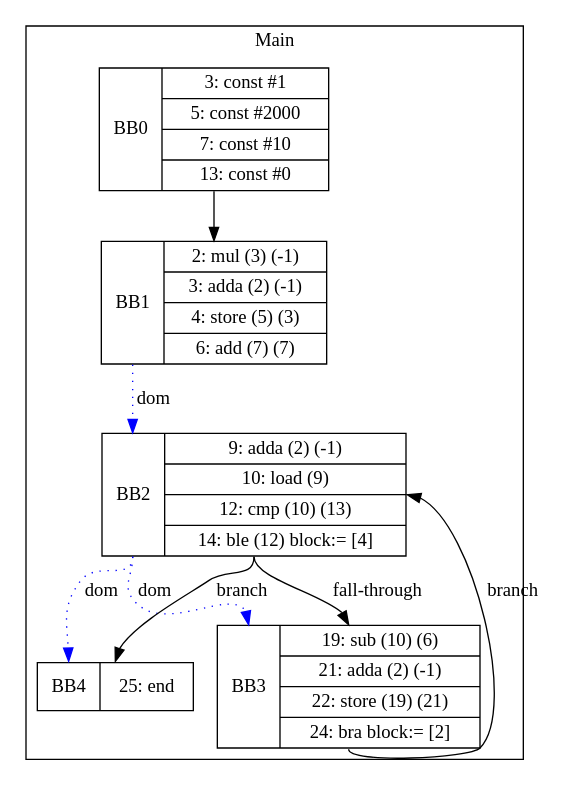
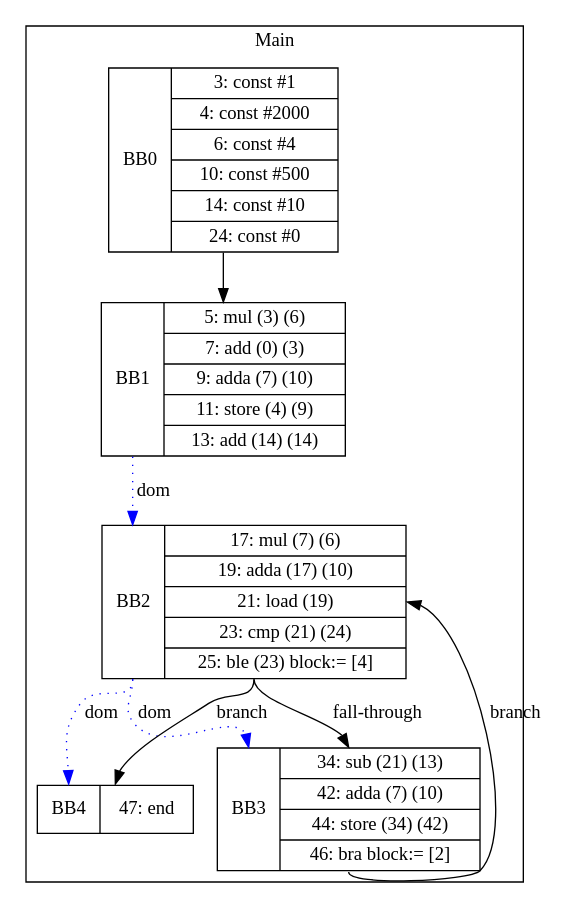
Before and after one commit to zjc664656505/UCI-CS241-Advanced-Compiler-main: the diagram in visualization/jmcgowa/CSE_Tests/CSE6.gv, drawn with Graphviz. The commit also changed 35 other files, not shown here.

```diff
--- a/visualization/jmcgowa/CSE_Tests/CSE6.gv
+++ b/visualization/jmcgowa/CSE_Tests/CSE6.gv
@@ -1,18 +1,18 @@
 digraph G {
 node [shape=record];
 subgraph cluster_main{
 label = "Main";
-BB0 [shape=record, label="<b>BB0|{3: const #1|5: const #2000|7: const #10|13: const #0}"];
-BB1 [shape=record, label="<b>BB1|{2: mul (3) (-1)|3: adda (2) (-1)|4: store (5) (3)|6: add (7) (7)}"];
-BB2 [shape=record, label="<b>BB2|{9: adda (2) (-1)|10: load (9)|12: cmp (10) (13)|14: ble (12) block:= [4]}"];
-BB3 [shape=record, label="<b>BB3|{19: sub (10) (6)|21: adda (2) (-1)|22: store (19) (21)|24: bra block:= [2]}"];
-BB4 [shape=record, label="<b>BB4|{25: end}"];
+BB0 [shape=record, label="<b>BB0|{3: const #1|4: const #2000|6: const #4|10: const #500|14: const #10|24: const #0}"];
+BB1 [shape=record, label="<b>BB1|{5: mul (3) (6)|7: add (0) (3)|9: adda (7) (10)|11: store (4) (9)|13: add (14) (14)}"];
+BB2 [shape=record, label="<b>BB2|{17: mul (7) (6)|19: adda (17) (10)|21: load (19)|23: cmp (21) (24)|25: ble (23) block:= [4]}"];
+BB3 [shape=record, label="<b>BB3|{34: sub (21) (13)|42: adda (7) (10)|44: store (34) (42)|46: bra block:= [2]}"];
+BB4 [shape=record, label="<b>BB4|{47: end}"];
 }
 BB0:s -> BB1:n ;
 BB2:b -> BB3:b [color=blue, style=dotted, label="dom"];
 BB2:b -> BB4:b [color=blue, style=dotted, label="dom"];
 BB1:b -> BB2:b [color=blue, style=dotted, label="dom"];
 BB2:s -> BB4:n [label="branch"];
 BB3:s -> BB2:e [label="branch"];
 BB2:s -> BB3:n [label="fall-through"];
 }
```
